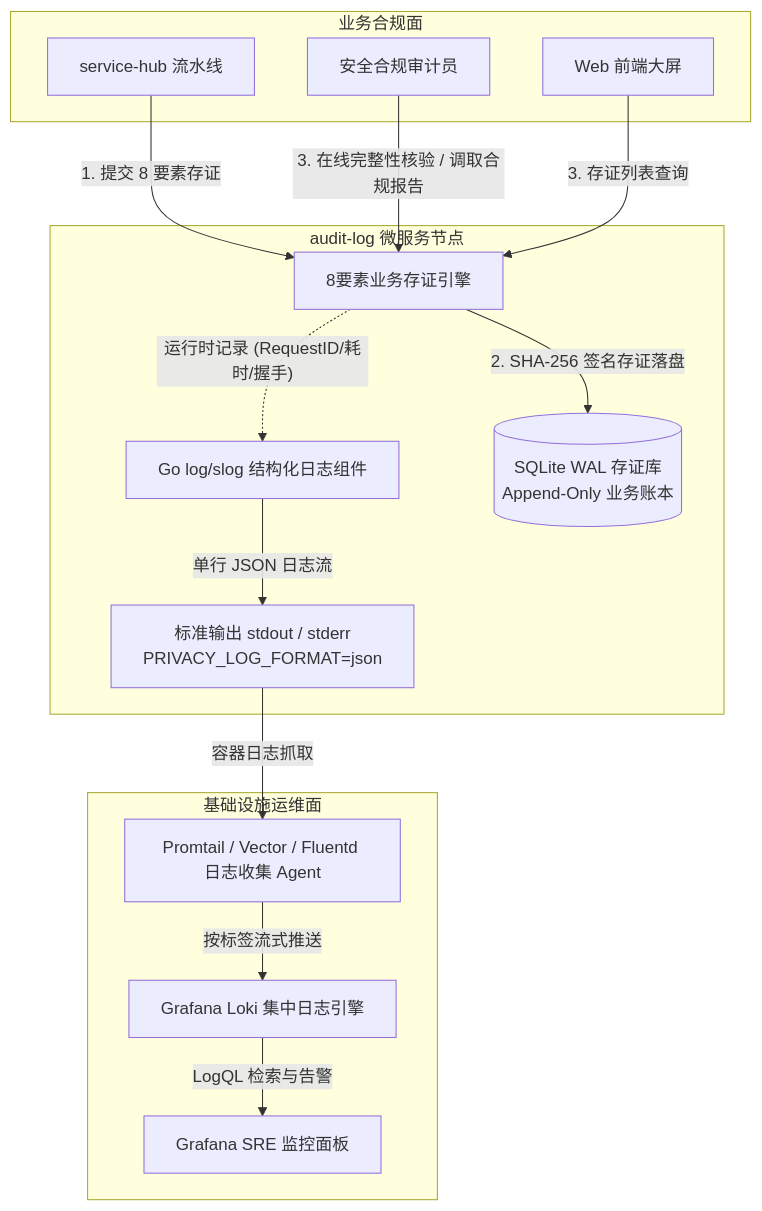
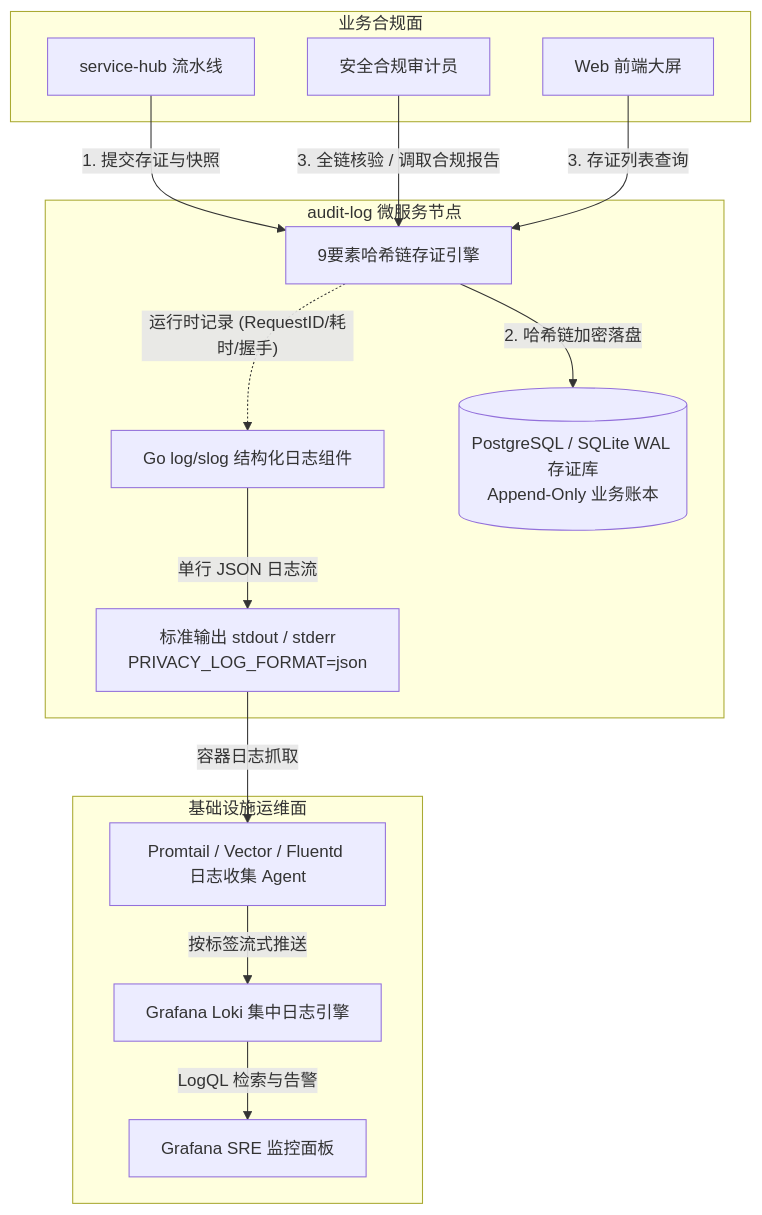
One commit to fengzhizi319/PrivShield changed the third of 3 diagrams in services/audit-log/docs/design.md. Above: the diagram before and after it, drawn with Mermaid. The commit also changed other lines of this file and 37 other files, not shown here.

````diff
--- a/services/audit-log/docs/design.md
+++ b/services/audit-log/docs/design.md
@@ -140,33 +165,33 @@
 ```mermaid
 flowchart TB
     subgraph AuditLogNode [audit-log 微服务节点]
-        BusinessEngine[8要素业务存证引擎]
+        BusinessEngine[9要素哈希链存证引擎]
         SlogLogger[Go log/slog 结构化日志组件]
         
-        TaskStore[(SQLite WAL 存证库<br/>Append-Only 业务账本)]
+        TaskStore[(PostgreSQL / SQLite WAL 存证库<br/>Append-Only 业务账本)]
         StdOut[标准输出 stdout / stderr<br/>PRIVACY_LOG_FORMAT=json]
     end
 
     subgraph BusinessFlow [业务合规面]
         Auditor[安全合规审计员]
         ServiceHub[service-hub 流水线]
         WebConsole[Web 前端大屏]
     end
 
     subgraph ObservabilityFlow [基础设施运维面]
         Promtail[Promtail / Vector / Fluentd 日志收集 Agent]
         Loki[Grafana Loki 集中日志引擎]
         GrafanaUI[Grafana SRE 监控面板]
     end
 
-    ServiceHub -->|1. 提交 8 要素存证| BusinessEngine
-    BusinessEngine -->|2. SHA-256 签名存证落盘| TaskStore
-    Auditor -->|3. 在线完整性核验 / 调取合规报告| BusinessEngine
+    ServiceHub -->|1. 提交存证与快照| BusinessEngine
+    BusinessEngine -->|2. 哈希链加密落盘| TaskStore
+    Auditor -->|3. 全链核验 / 调取合规报告| BusinessEngine
     WebConsole -->|3. 存证列表查询| BusinessEngine
 
     BusinessEngine -.->|"运行时记录 (RequestID/耗时/握手)"| SlogLogger
     SlogLogger -->|单行 JSON 日志流| StdOut
     StdOut -->|容器日志抓取| Promtail
     Promtail -->|按标签流式推送| Loki
     Loki -->|LogQL 检索与告警| GrafanaUI
 ```
````
